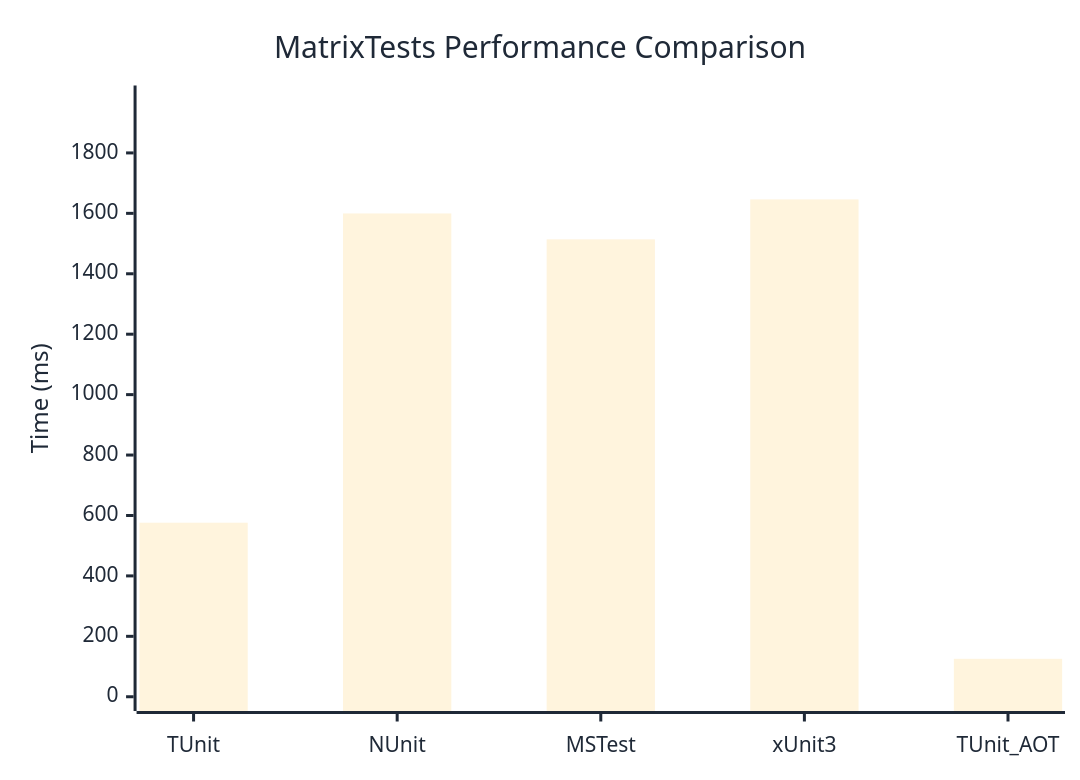
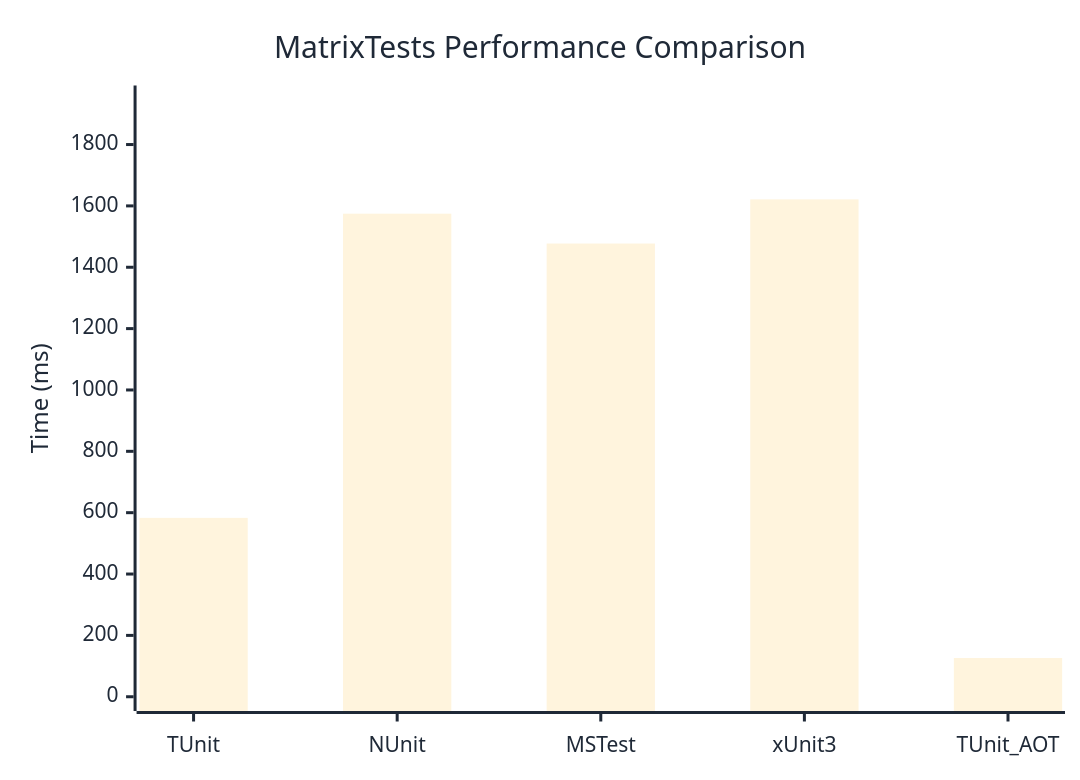
Before and after one commit to thomhurst/TUnit: the diagram in docs/docs/benchmarks/MatrixTests.md, drawn with Mermaid. The commit also changed other lines of this file and 17 other files, not shown here.

````diff
--- a/docs/docs/benchmarks/MatrixTests.md
+++ b/docs/docs/benchmarks/MatrixTests.md
@@ -27,37 +27,37 @@
 ```mermaid
 %%{init: {
   'theme':'base',
   'themeVariables': {
     'primaryColor': '#2563eb',
     'primaryTextColor': '#1f2937',
     'primaryBorderColor': '#1e40af',
     'lineColor': '#6b7280',
     'secondaryColor': '#7c3aed',
     'tertiaryColor': '#dc2626',
     'background': '#ffffff',
     'mainBkg': '#2563eb',
     'secondBkg': '#7c3aed',
     'tertiaryBkg': '#dc2626',
     'clusterBkg': '#f3f4f6',
     'edgeLabelBackground': '#ffffff',
     'tertiaryTextColor': '#1f2937',
     'pie1': '#2563eb',
     'pie2': '#7c3aed',
     'pie3': '#dc2626',
     'pie4': '#f59e0b',
     'pie5': '#10b981',
     'pie6': '#06b6d4',
     'pie7': '#ec4899',
     'pie8': '#6366f1',
     'pie9': '#84cc16',
     'pie10': '#f97316',
     'pie11': '#14b8a6',
     'pie12': '#a855f7'
   }
 }}%%
 xychart-beta
   title "MatrixTests Performance Comparison"
   x-axis ["TUnit", "NUnit", "MSTest", "xUnit3", "TUnit_AOT"]
-  y-axis "Time (ms)" 0 --> 1976
-  bar [576.1, 1599.7, 1514, 1646.2, 125.6]
+  y-axis "Time (ms)" 0 --> 1946
+  bar [583.1, 1574.6, 1477.3, 1621.3, 126.3]
 ```
````
